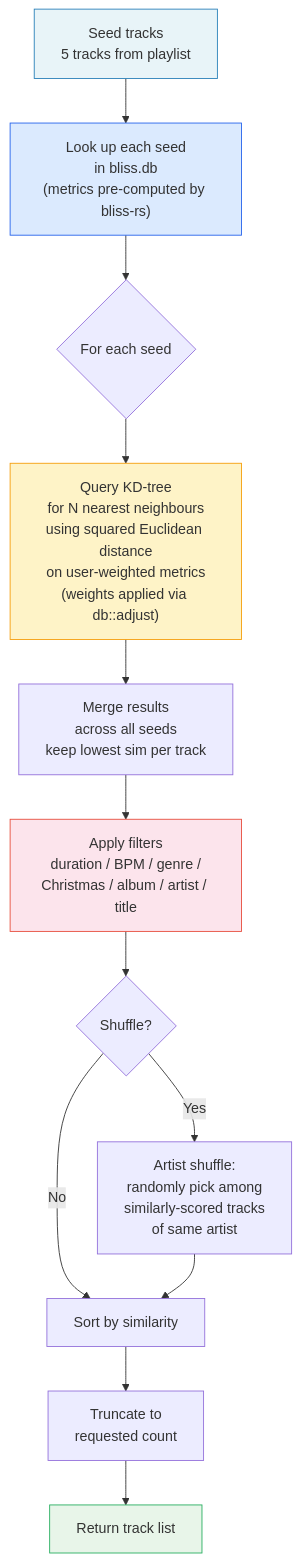
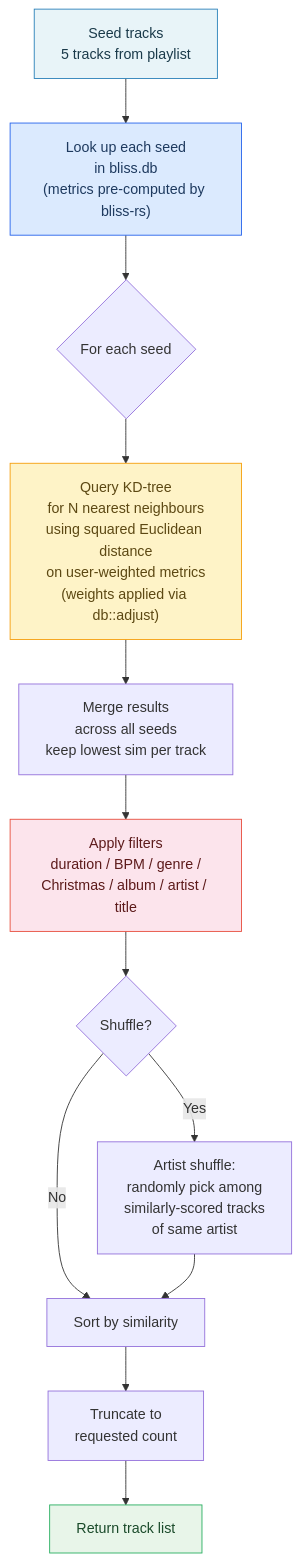
The second of 4 diagrams in ALGORITHMS.md (chrober/lms-blissmixer), drawn with Mermaid before and after one commit. The commit also changed other lines of this file and 1 other file, not shown here.

````diff
--- a/ALGORITHMS.md
+++ b/ALGORITHMS.md
@@ -82,20 +83,20 @@
 ```mermaid
 flowchart TD
     A[Seed tracks<br/>5 tracks from playlist] --> B["Look up each seed<br/>in bliss.db<br/>(metrics pre-computed by bliss-rs)"]
     B --> C{For each seed}
     C --> D["Query KD-tree<br/>for N nearest neighbours<br/>using squared Euclidean distance<br/>on user-weighted metrics<br/>(weights applied via db::adjust)"]
     D --> E[Merge results<br/>across all seeds<br/>keep lowest sim per track]
     E --> F[Apply filters<br/>duration / BPM / genre /<br/>Christmas / album / artist / title]
     F --> G{Shuffle?}
     G -- Yes --> H[Artist shuffle:<br/>randomly pick among<br/>similarly-scored tracks<br/>of same artist]
     G -- No --> I[Sort by similarity]
     H --> I
     I --> J[Truncate to<br/>requested count]
     J --> K[Return track list]
 
-    style A fill:#e8f4f8,stroke:#2980b9
-    style B fill:#dbeafe,stroke:#2563eb
-    style D fill:#fef3c7,stroke:#f59e0b
-    style F fill:#fce4ec,stroke:#e74c3c
-    style K fill:#e8f5e9,stroke:#27ae60
+    style A fill:#e8f4f8,stroke:#2980b9,color:#1a3a4a
+    style B fill:#dbeafe,stroke:#2563eb,color:#1e3a5f
+    style D fill:#fef3c7,stroke:#f59e0b,color:#5c4813
+    style F fill:#fce4ec,stroke:#e74c3c,color:#5c1a1a
+    style K fill:#e8f5e9,stroke:#27ae60,color:#1a4a2a
 ```
````
